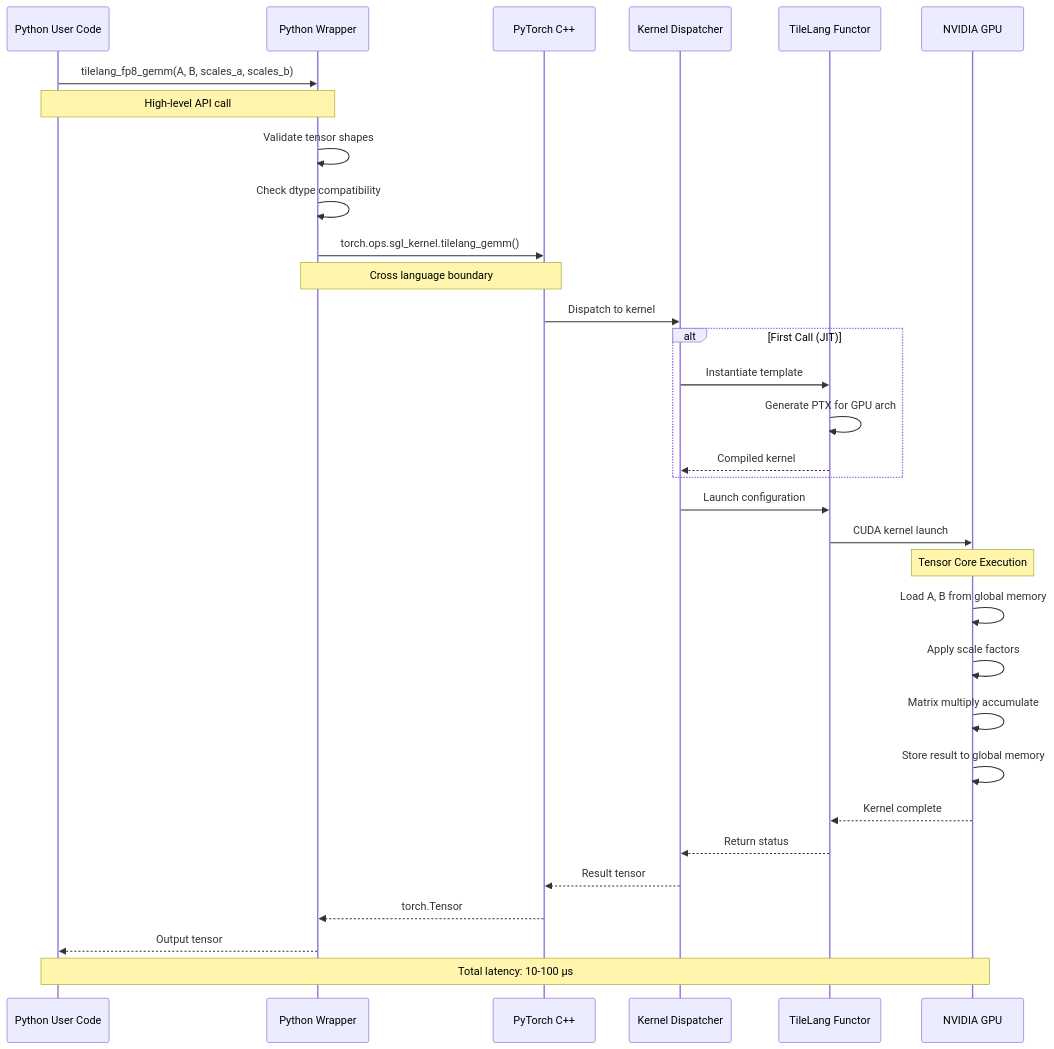
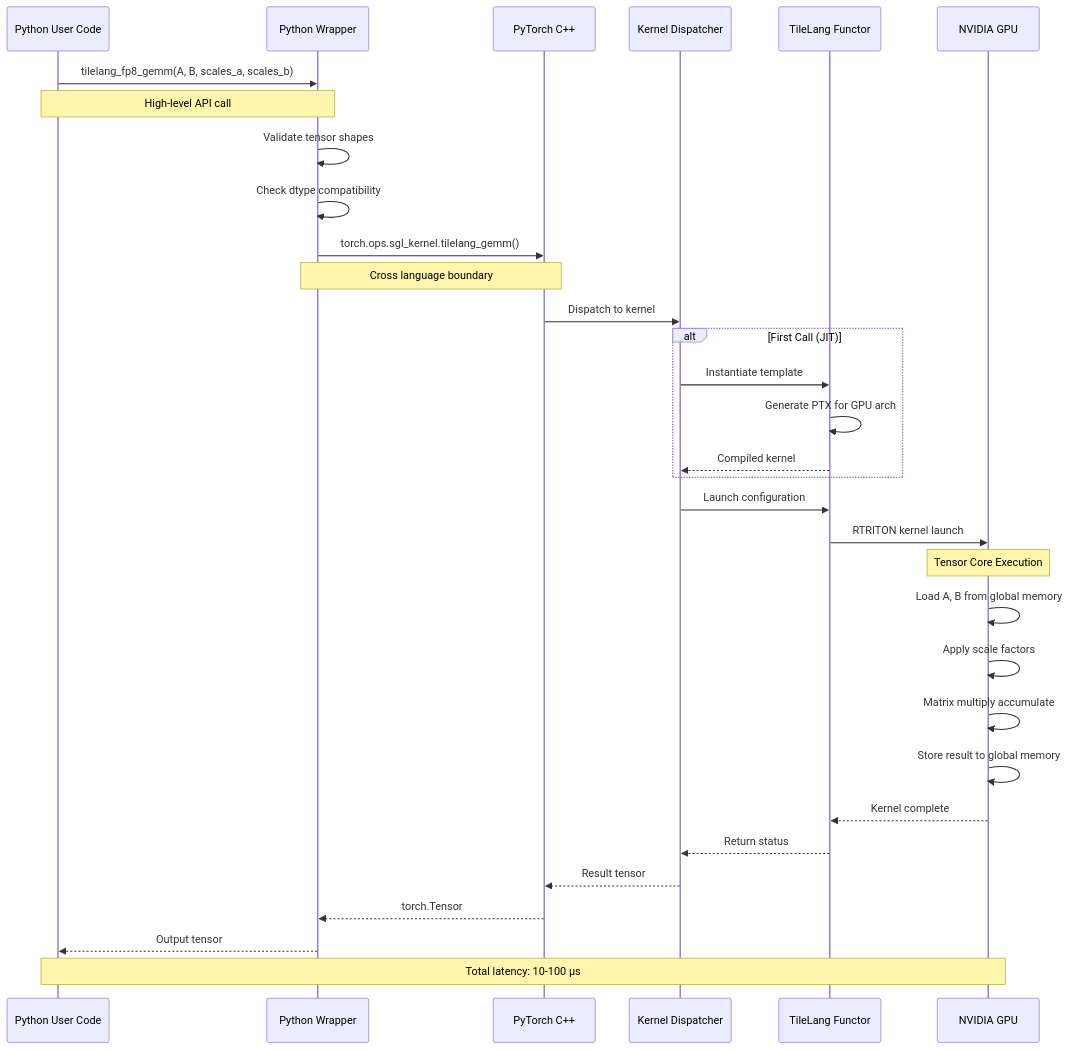
One commit to Ammar-Alnagar/Chimera changed the second of 14 diagrams in docs/developer_guide/tilelang_visual_guide.md. Above: the diagram before and after it, drawn with Mermaid. The commit also changed other lines of this file and 822 other files, not shown here.

Commit message:
refactor: unify infrastructure by removing legacy CUDA graph and IPC utilities and standardizing kernel interfaces.

````diff
--- a/docs/developer_guide/tilelang_visual_guide.md
+++ b/docs/developer_guide/tilelang_visual_guide.md
@@ -63,43 +63,43 @@
 ```mermaid
 sequenceDiagram
     participant User as Python User Code
     participant Wrapper as Python Wrapper
     participant Torch as PyTorch C++
     participant Dispatcher as Kernel Dispatcher
     participant TileLang as TileLang Functor
     participant GPU as NVIDIA GPU
 
     User->>Wrapper: tilelang_fp8_gemm(A, B, scales_a, scales_b)
     Note over User,Wrapper: High-level API call
     
     Wrapper->>Wrapper: Validate tensor shapes
     Wrapper->>Wrapper: Check dtype compatibility
     
     Wrapper->>Torch: torch.ops.sgl_kernel.tilelang_gemm()
     Note over Wrapper,Torch: Cross language boundary
     
     Torch->>Dispatcher: Dispatch to kernel
     
     alt First Call (JIT)
         Dispatcher->>TileLang: Instantiate template
         TileLang->>TileLang: Generate PTX for GPU arch
         TileLang-->>Dispatcher: Compiled kernel
     end
     
     Dispatcher->>TileLang: Launch configuration
-    TileLang->>GPU: CUDA kernel launch
+    TileLang->>GPU: RTRITON kernel launch
     
     Note over GPU: Tensor Core Execution
     GPU->>GPU: Load A, B from global memory
     GPU->>GPU: Apply scale factors
     GPU->>GPU: Matrix multiply accumulate
     GPU->>GPU: Store result to global memory
     
     GPU-->>TileLang: Kernel complete
     TileLang-->>Dispatcher: Return status
     Dispatcher-->>Torch: Result tensor
     Torch-->>Wrapper: torch.Tensor
     Wrapper-->>User: Output tensor
     
     Note over User,GPU: Total latency: 10-100 μs
 ```
````
